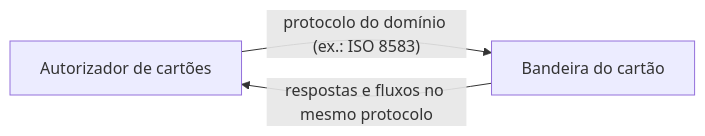
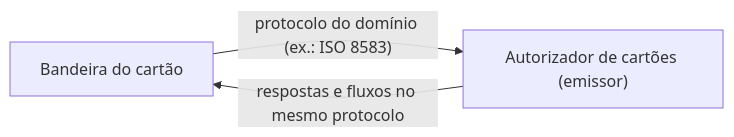
One commit to alancesar/design-patterns changed the diagram in docs/architecture/microservices/communication-styles/domain-specific-protocol.md. Above: the diagram before and after it, drawn with Mermaid. The commit also changed 28 other files, not shown here.

Commit message:
Fix diagram review findings in microservices, eip, cloud and agent patterns

````diff
--- a/docs/architecture/microservices/communication-styles/domain-specific-protocol.md
+++ b/docs/architecture/microservices/communication-styles/domain-specific-protocol.md
@@ -48,5 +48,5 @@
 ```mermaid
 flowchart LR
-    C["Autorizador de cartões"] -->|"protocolo do domínio (ex.: ISO 8583)"| S["Bandeira do cartão"]
+    C["Bandeira do cartão"] -->|"protocolo do domínio (ex.: ISO 8583)"| S["Autorizador de cartões (emissor)"]
     S -->|"respostas e fluxos no mesmo protocolo"| C
 ```
````
